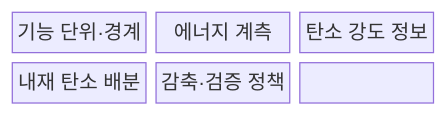
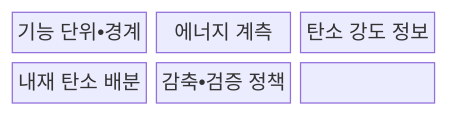
Before and after one commit to agnusdei1207/knowledge-base: the first of 2 diagrams in src/content/docs/notes/08-latest-tech/196_green_software.md, drawn with Mermaid. The commit also changed other lines of this file and 953 other files, not shown here.

````diff
--- a/src/content/docs/notes/08-latest-tech/196_green_software.md
+++ b/src/content/docs/notes/08-latest-tech/196_green_software.md
@@ -70,11 +70,11 @@
 ```mermaid
 block-beta
   columns 3
-  N0["기능 단위·경계"]
+  N0["기능 단위•경계"]
   N1["에너지 계측"]
   N2["탄소 강도 정보"]
   N3["내재 탄소 배분"]
-  N4["감축·검증 정책"]
+  N4["감축•검증 정책"]
   N0 --- N1 --- N2
   N2 --- N3 --- N4
 ```
````
